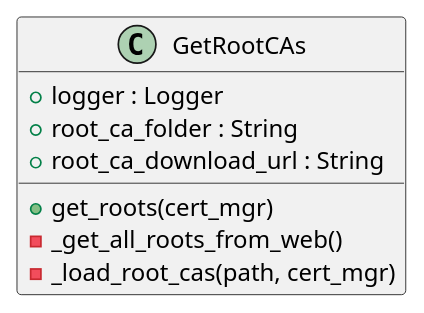
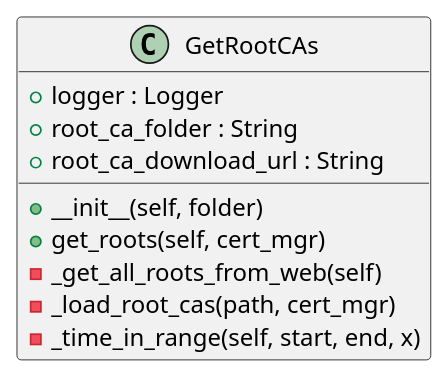
One commit to SebBil/PcapAnalyse changed the third of 5 diagrams in UML/Classes.puml. Above: the diagram before and after it, drawn with PlantUML. The commit also changed other lines of this file and 4 other files, not shown here.

```diff
--- a/UML/Classes.puml
+++ b/UML/Classes.puml
@@ -22,11 +26,13 @@
 @startuml
 class GetRootCAs {
     + logger : Logger
     + root_ca_folder : String
     + root_ca_download_url : String
 
-    + get_roots(cert_mgr)
-    - _get_all_roots_from_web()
+    + __init__(self, folder)
+    + get_roots(self, cert_mgr)
+    - _get_all_roots_from_web(self)
     - _load_root_cas(path, cert_mgr)
+    - _time_in_range(self, start, end, x)
 }
 @enduml
```
